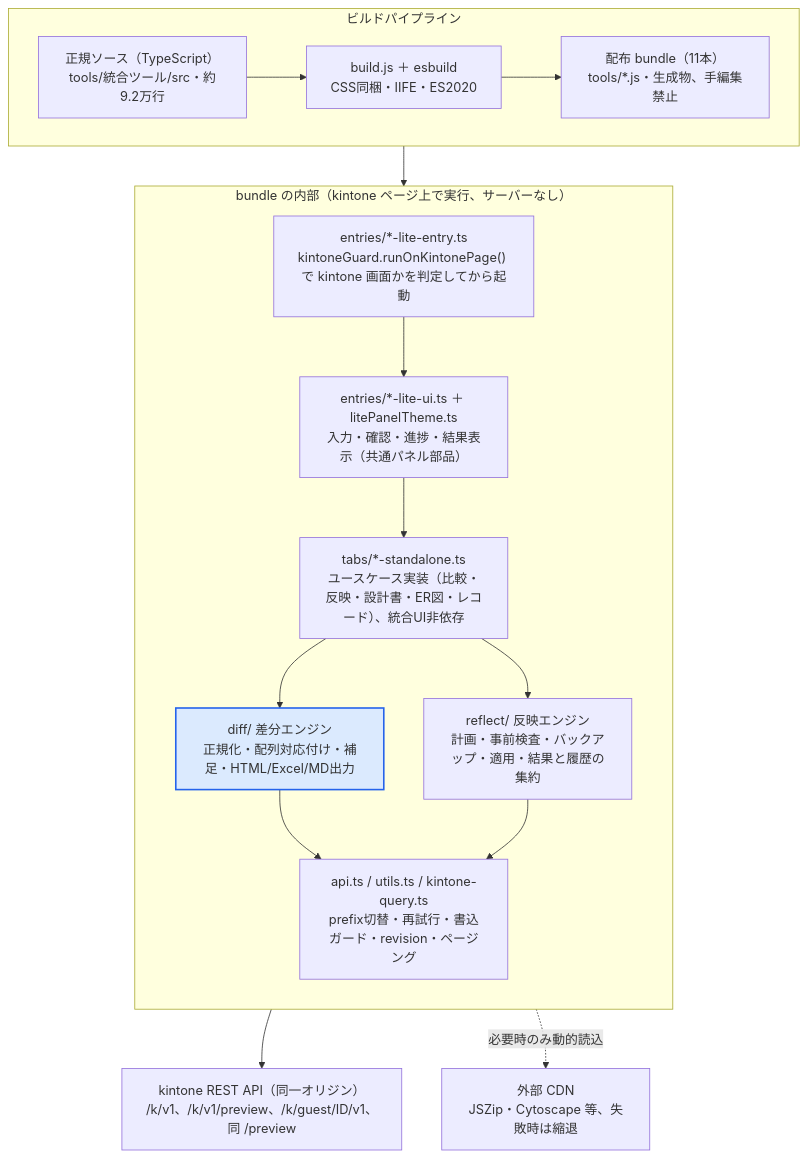
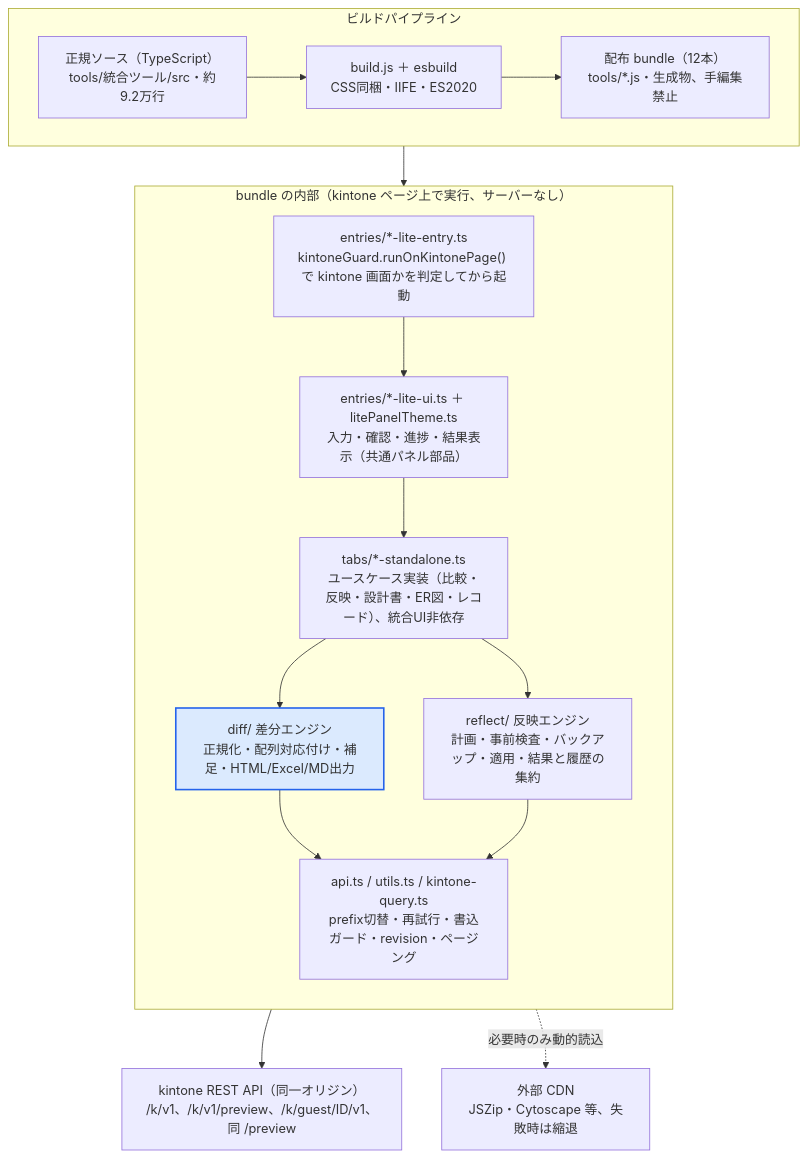
One commit to kawasakikenta/kintone-lite-suite changed the first of 2 diagrams in docs/core-design-and-diff-judgment.md. Above: the diagram before and after it, drawn with Mermaid. The commit also changed other lines of this file and 6 other files, not shown here.

````diff
--- a/docs/core-design-and-diff-judgment.md
+++ b/docs/core-design-and-diff-judgment.md
@@ -28,20 +28,20 @@
 ```mermaid
 flowchart TB
   subgraph build["ビルドパイプライン"]
     direction LR
-    Source["正規ソース（TypeScript）<br/>tools/統合ツール/src・約9.2万行"] --> Build["build.js ＋ esbuild<br/>CSS同梱・IIFE・ES2020"] --> Bundle["配布 bundle（11本）<br/>tools/*.js・生成物、手編集禁止"]
+    Source["正規ソース（TypeScript）<br/>tools/統合ツール/src・約9.2万行"] --> Build["build.js ＋ esbuild<br/>CSS同梱・IIFE・ES2020"] --> Bundle["配布 bundle（12本）<br/>tools/*.js・生成物、手編集禁止"]
   end
   subgraph runtime["bundle の内部（kintone ページ上で実行、サーバーなし）"]
     direction TB
     Entry["entries/*-lite-entry.ts<br/>kintoneGuard.runOnKintonePage() で kintone 画面かを判定してから起動"] --> UI["entries/*-lite-ui.ts ＋ litePanelTheme.ts<br/>入力・確認・進捗・結果表示（共通パネル部品）"]
     UI --> Tabs["tabs/*-standalone.ts<br/>ユースケース実装（比較・反映・設計書・ER図・レコード）、統合UI非依存"]
     Tabs --> Diff["diff/ 差分エンジン<br/>正規化・配列対応付け・補足・HTML/Excel/MD出力"]
     Tabs --> Reflect["reflect/ 反映エンジン<br/>計画・事前検査・バックアップ・適用・結果と履歴の集約"]
     Diff --> Api["api.ts / utils.ts / kintone-query.ts<br/>prefix切替・再試行・書込ガード・revision・ページング"]
     Reflect --> Api
   end
   Bundle --> Entry
   Api --> Kintone["kintone REST API（同一オリジン）<br/>/k/v1、/k/v1/preview、/k/guest/ID/v1、同 /preview"]
   Api -. 必要時のみ動的読込 .-> CDN["外部 CDN<br/>JSZip・Cytoscape 等、失敗時は縮退"]
   style Diff fill:#dbeafe,stroke:#2563eb,stroke-width:2px
 ```
````
